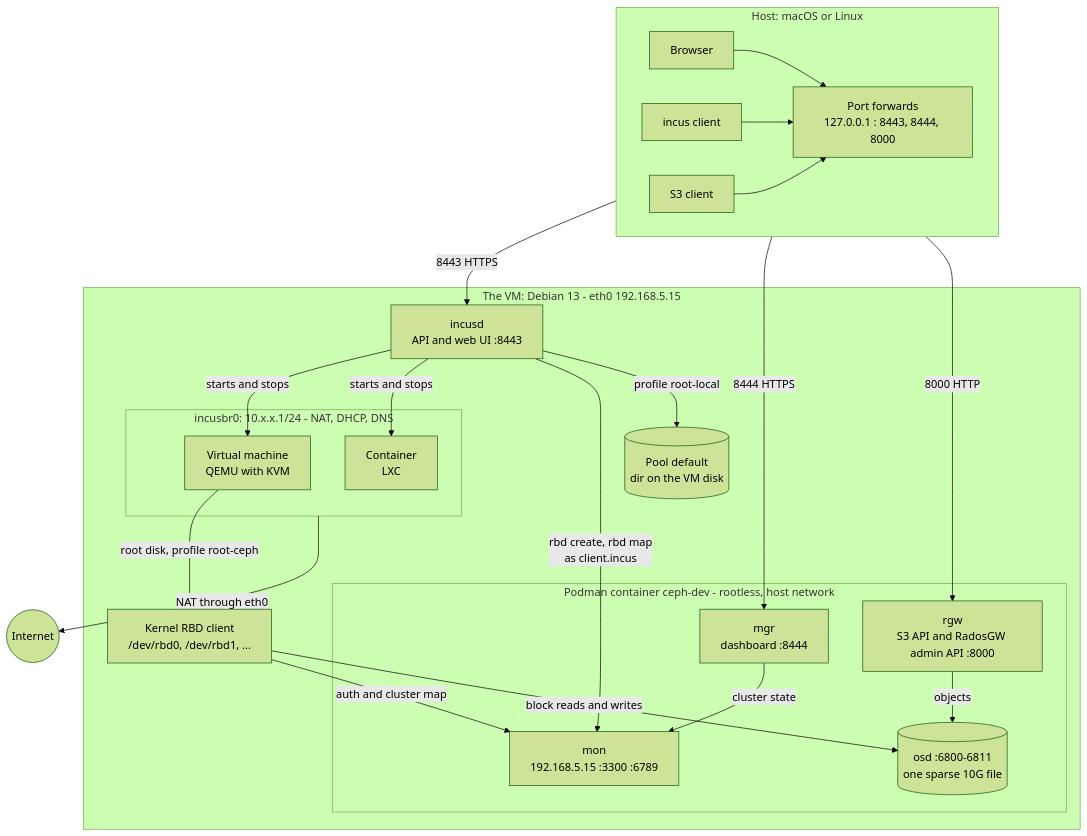
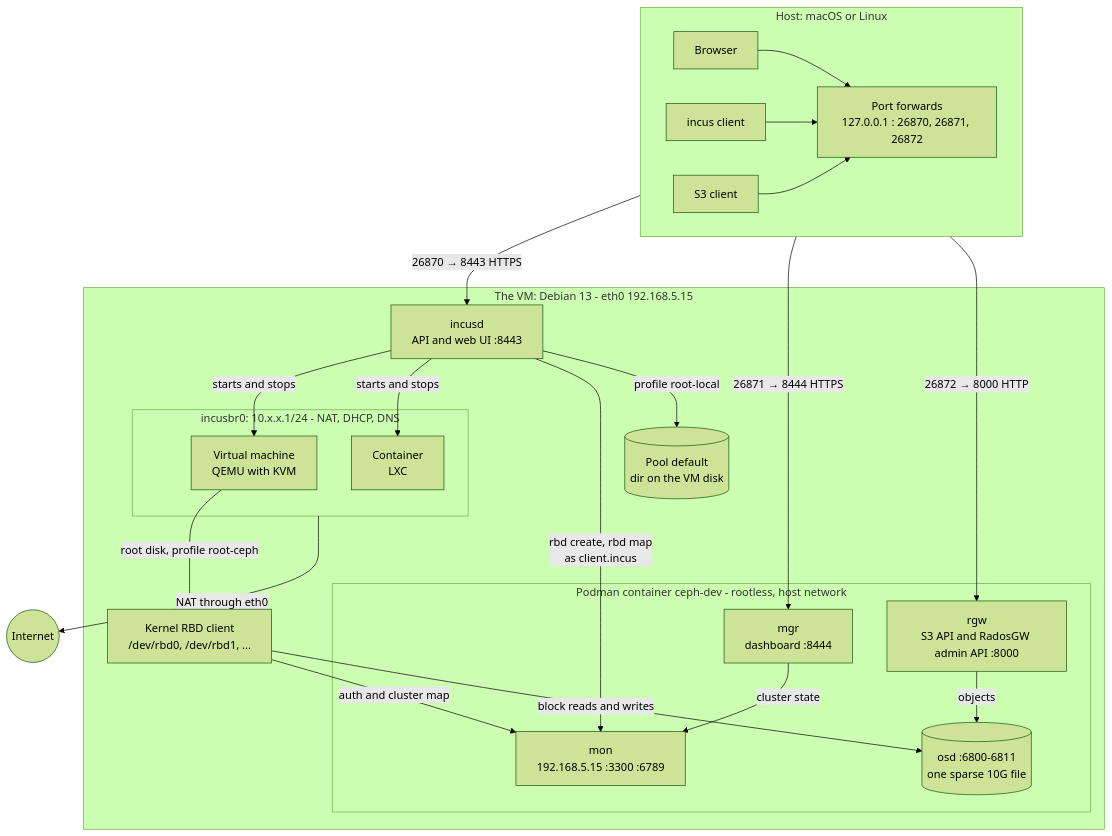
The diagram in docs/architecture.md (dataverket-org/incusdev-vm), drawn with Mermaid (forest theme) before and after one commit. The commit also changed other lines of this file and 7 other files, not shown here.

````diff
--- a/docs/architecture.md
+++ b/docs/architecture.md
@@ -10,52 +10,52 @@
 ```mermaid
 flowchart TB
     subgraph host["Host: macOS or Linux"]
         direction LR
         browser["Browser"]
         cli["incus client"]
         s3c["S3 client"]
-        fwd["Port forwards<br/>127.0.0.1 : 8443, 8444, 8000"]
+        fwd["Port forwards<br/>127.0.0.1 : 26870, 26871, 26872"]
     end
 
     internet(("Internet"))
 
     subgraph vm["The VM: Debian 13 - eth0 192.168.5.15"]
         incusd["incusd<br/>API and web UI :8443"]
         krbd["Kernel RBD client<br/>/dev/rbd0, /dev/rbd1, ..."]
         dirpool[("Pool default<br/>dir on the VM disk")]
 
         subgraph bridge["incusbr0: 10.x.x.1/24 - NAT, DHCP, DNS"]
             guestvm["Virtual machine<br/>QEMU with KVM"]
             guestct["Container<br/>LXC"]
         end
 
         subgraph ceph["Podman container ceph-dev - rootless, host network"]
             mon["mon<br/>192.168.5.15 :3300 :6789"]
             mgr["mgr<br/>dashboard :8444"]
             rgw["rgw<br/>S3 API and RadosGW admin API :8000"]
             osd[("osd :6800-6811<br/>one sparse 10G file")]
         end
     end
 
     browser --> fwd
     cli --> fwd
     s3c --> fwd
 
-    fwd -- "8443 HTTPS" --> incusd
-    fwd -- "8444 HTTPS" --> mgr
-    fwd -- "8000 HTTP" --> rgw
+    fwd -- "26870 → 8443 HTTPS" --> incusd
+    fwd -- "26871 → 8444 HTTPS" --> mgr
+    fwd -- "26872 → 8000 HTTP" --> rgw
 
     incusd -- "starts and stops" --> guestvm
     incusd -- "starts and stops" --> guestct
     incusd -- "rbd create, rbd map<br/>as client.incus" --> mon
     incusd -- "profile root-local" --> dirpool
 
     guestvm -- "root disk, profile root-ceph" --> krbd
     krbd -- "auth and cluster map" --> mon
     krbd -- "block reads and writes" --> osd
 
     rgw -- "objects" --> osd
     mgr -- "cluster state" --> mon
 
     bridge -- "NAT through eth0" --> internet
 ```
````
